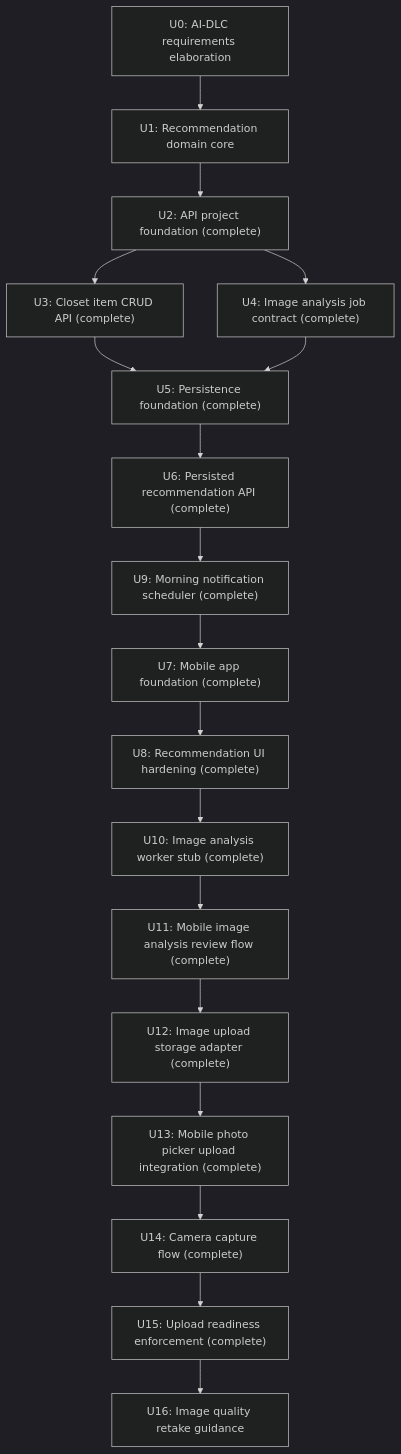
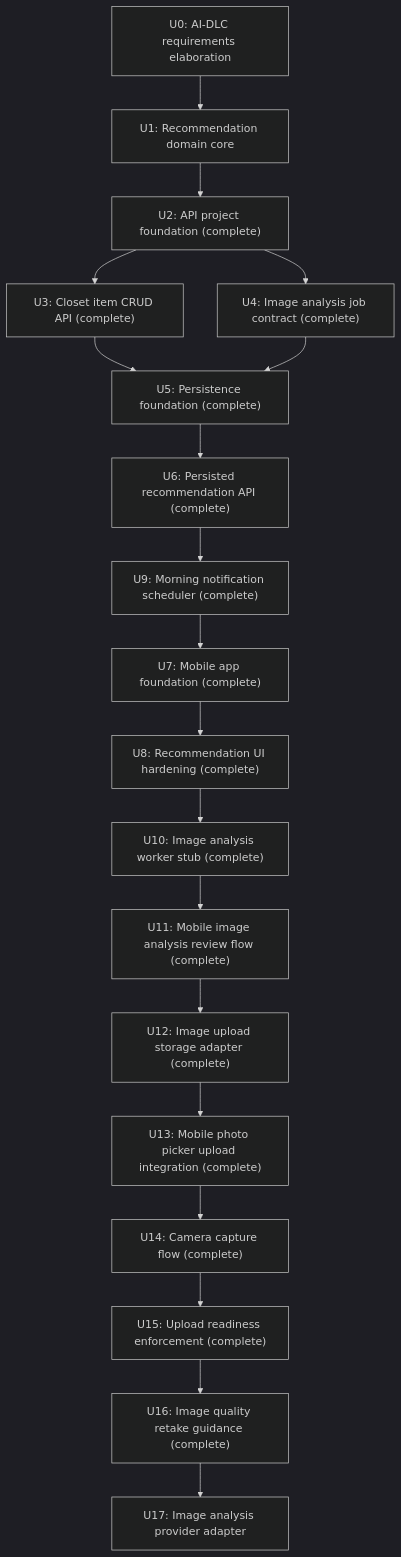
One commit to idealization/Fitlog changed the diagram in requirements/ai_dlc/00_intent.md. Above: the diagram before and after it, drawn with Mermaid (dark theme). The commit also changed other lines of this file and 7 other files, not shown here.

Commit message:
Add image quality retake guidance

````diff
--- a/requirements/ai_dlc/00_intent.md
+++ b/requirements/ai_dlc/00_intent.md
@@ -30,20 +30,21 @@
 ```mermaid
 flowchart TD
     U0["U0: AI-DLC requirements elaboration"] --> U1["U1: Recommendation domain core"]
     U1 --> U2["U2: API project foundation (complete)"]
     U2 --> U3["U3: Closet item CRUD API (complete)"]
     U2 --> U4["U4: Image analysis job contract (complete)"]
     U3 --> U5["U5: Persistence foundation (complete)"]
     U4 --> U5
     U5 --> U6["U6: Persisted recommendation API (complete)"]
     U6 --> U9["U9: Morning notification scheduler (complete)"]
     U9 --> U7["U7: Mobile app foundation (complete)"]
     U7 --> U8["U8: Recommendation UI hardening (complete)"]
     U8 --> U10["U10: Image analysis worker stub (complete)"]
     U10 --> U11["U11: Mobile image analysis review flow (complete)"]
     U11 --> U12["U12: Image upload storage adapter (complete)"]
     U12 --> U13["U13: Mobile photo picker upload integration (complete)"]
     U13 --> U14["U14: Camera capture flow (complete)"]
     U14 --> U15["U15: Upload readiness enforcement (complete)"]
-    U15 --> U16["U16: Image quality retake guidance"]
+    U15 --> U16["U16: Image quality retake guidance (complete)"]
+    U16 --> U17["U17: Image analysis provider adapter"]
 ```
````
